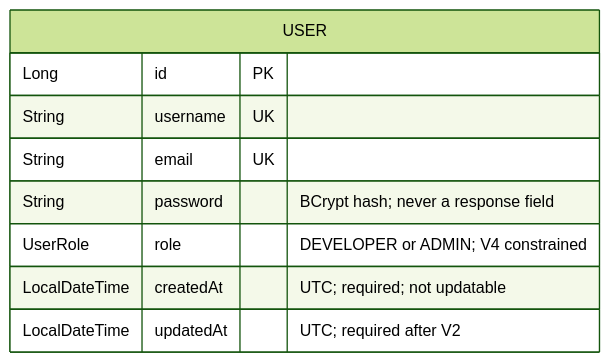
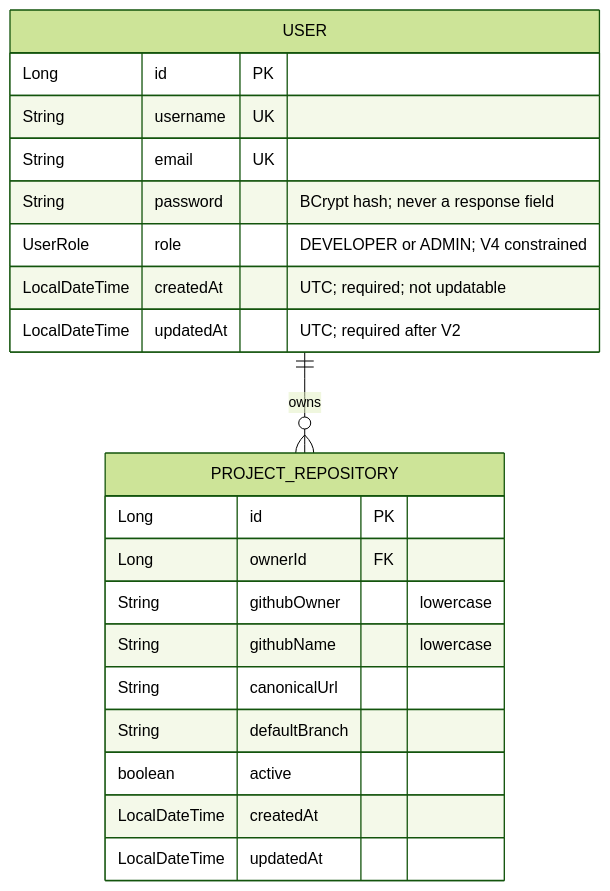
Before and after one commit to aasthashrimal/Secret-Shield: the first of 2 diagrams in docs/data-model.md, drawn with Mermaid (forest theme). The commit also changed other lines of this file and 23 other files, not shown here.

````diff
--- a/docs/data-model.md
+++ b/docs/data-model.md
@@ -30,12 +30,24 @@
 ```mermaid
 erDiagram
+    USER ||--o{ PROJECT_REPOSITORY : owns
     USER {
         Long id PK
         String username UK
         String email UK
         String password "BCrypt hash; never a response field"
         UserRole role "DEVELOPER or ADMIN; V4 constrained"
         LocalDateTime createdAt "UTC; required; not updatable"
         LocalDateTime updatedAt "UTC; required after V2"
     }
+    PROJECT_REPOSITORY {
+        Long id PK
+        Long ownerId FK
+        String githubOwner "lowercase"
+        String githubName "lowercase"
+        String canonicalUrl
+        String defaultBranch
+        boolean active
+        LocalDateTime createdAt
+        LocalDateTime updatedAt
+    }
 ```
````
